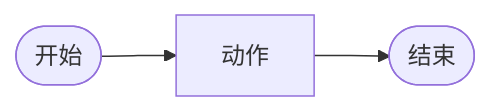
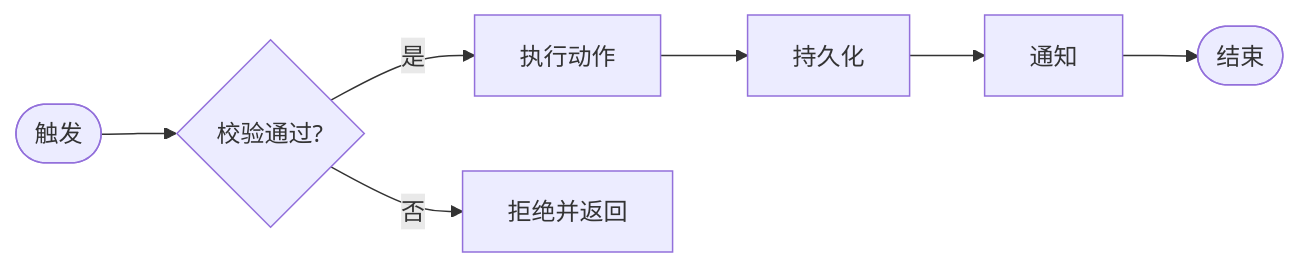
Before and after one commit to quanyu-ai/skills-repos: the first of 2 diagrams in solution-design/templates/solution-structure/modules/_example/design.md, drawn with Mermaid. The commit also changed other lines of this file and 17 other files, not shown here.

````diff
--- a/solution-design/templates/solution-structure/modules/_example/design.md
+++ b/solution-design/templates/solution-structure/modules/_example/design.md
@@ -16,5 +29,9 @@
 ```mermaid
 flowchart LR
-    Start([开始]) --> Action[动作]
-    Action --> End([结束])
+    Start([触发]) --> Check{校验通过?}
+    Check -->|是| Action[执行动作]
+    Check -->|否| Reject[拒绝并返回]
+    Action --> Persist[持久化]
+    Persist --> Notify[通知]
+    Notify --> End([结束])
 ```
````
